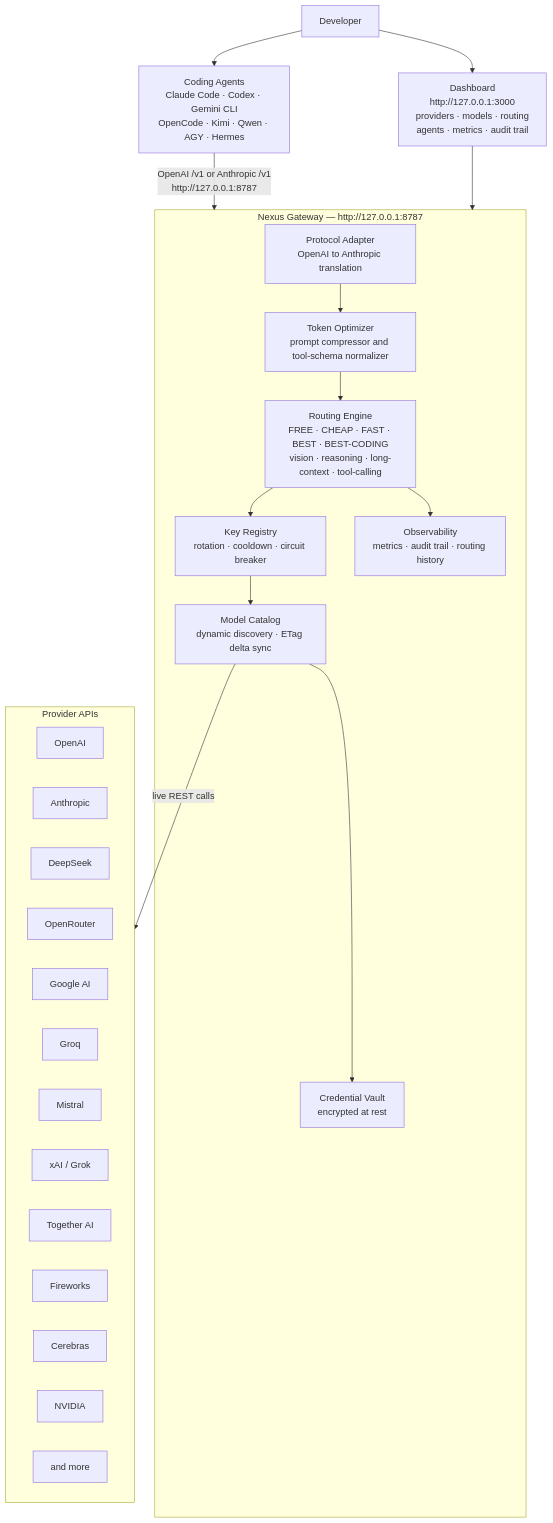
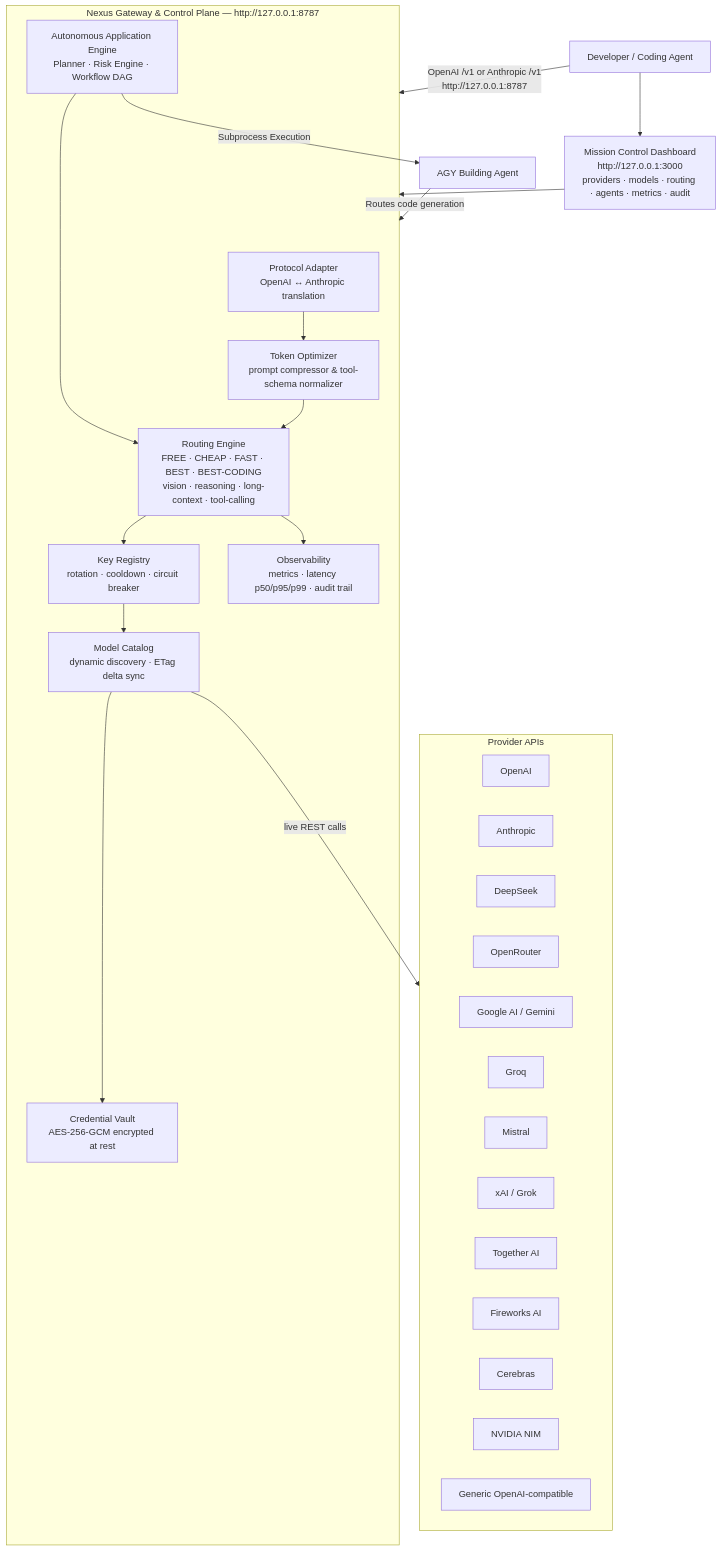
The diagram in README.md (rachidSabah/Nexus), drawn with Mermaid before and after one commit. The commit also changed other lines of this file and 6 other files, not shown here.

Commit message:
docs(release): Nexus public release package — security audit, architecture, release notes & clean-clone validation

````diff
--- a/README.md
+++ b/README.md
@@ -38,45 +38,48 @@
 ```mermaid
 flowchart TD
-    DEV["Developer"]
+    DEV["Developer / Coding Agent"]
 
-    DEV --> AGENT["Coding Agents\nClaude Code · Codex · Gemini CLI\nOpenCode · Kimi · Qwen · AGY · Hermes"]
+    DEV -->|"OpenAI /v1 or Anthropic /v1\nhttp://127.0.0.1:8787"| NEXUS
 
-    AGENT -->|"OpenAI /v1 or Anthropic /v1\nhttp://127.0.0.1:8787"| NEXUS
-
-    subgraph NEXUS["Nexus Gateway  —  http://127.0.0.1:8787"]
-        PROTO["Protocol Adapter\nOpenAI to Anthropic translation"]
-        OPT["Token Optimizer\nprompt compressor and tool-schema normalizer"]
+    subgraph NEXUS["Nexus Gateway & Control Plane — http://127.0.0.1:8787"]
+        PROTO["Protocol Adapter\nOpenAI ↔ Anthropic translation"]
+        OPT["Token Optimizer\nprompt compressor & tool-schema normalizer"]
         ROUTER["Routing Engine\nFREE · CHEAP · FAST · BEST · BEST-CODING\nvision · reasoning · long-context · tool-calling"]
         KEYS["Key Registry\nrotation · cooldown · circuit breaker"]
         CATALOG["Model Catalog\ndynamic discovery · ETag delta sync"]
-        VAULT["Credential Vault\nencrypted at rest"]
-        OBS["Observability\nmetrics · audit trail · routing history"]
+        VAULT["Credential Vault\nAES-256-GCM encrypted at rest"]
+        OBS["Observability\nmetrics · latency p50/p95/p99 · audit trail"]
+        APP_ENG["Autonomous Application Engine\nPlanner · Risk Engine · Workflow DAG"]
 
         PROTO --> OPT --> ROUTER
         ROUTER --> KEYS
         KEYS --> CATALOG
         CATALOG --> VAULT
         ROUTER --> OBS
+        APP_ENG --> ROUTER
     end
 
     CATALOG -->|"live REST calls"| PROVIDERS
 
     subgraph PROVIDERS["Provider APIs"]
         OAI["OpenAI"]
         ANT["Anthropic"]
         DSK["DeepSeek"]
         ORT["OpenRouter"]
-        GGL["Google AI"]
+        GGL["Google AI / Gemini"]
         GRQ["Groq"]
         MST["Mistral"]
         XAI["xAI / Grok"]
         TGT["Together AI"]
-        FRW["Fireworks"]
+        FRW["Fireworks AI"]
         CBR["Cerebras"]
-        NVD["NVIDIA"]
-        MORE["and more"]
+        NVD["NVIDIA NIM"]
+        CUSTOM["Generic OpenAI-compatible"]
     end
 
-    DEV --> DASHBOARD["Dashboard\nhttp://127.0.0.1:3000\nproviders · models · routing\nagents · metrics · audit trail"]
+    APP_ENG -->|"Subprocess Execution"| AGY["AGY Building Agent"]
+    AGY -->|"Routes code generation"| NEXUS
+
+    DEV --> DASHBOARD["Mission Control Dashboard\nhttp://127.0.0.1:3000\nproviders · models · routing · agents · metrics · audit"]
     DASHBOARD --> NEXUS
 ```
````
